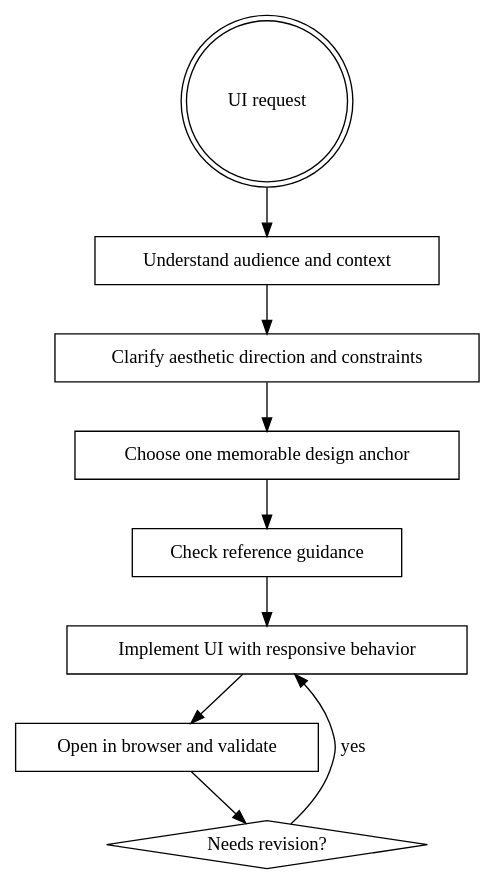
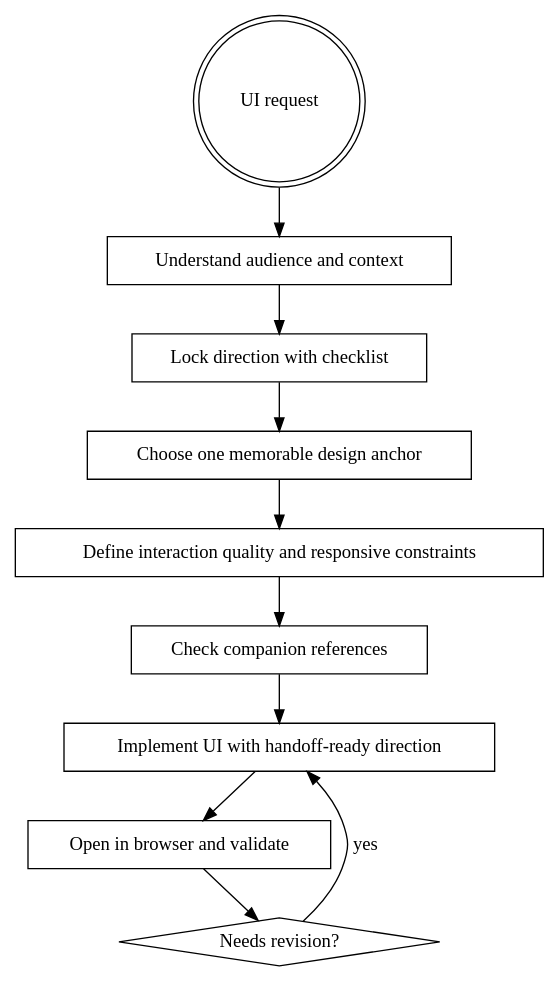
The diagram in skills/design/SKILL.md (nhd2106/imitation-machine), drawn with Graphviz before and after one commit. The commit also changed other lines of this file and 10 other files, not shown here.

Commit message:
deepen design skill direction lock and browser-validation coverage

````diff
--- a/skills/design/SKILL.md
+++ b/skills/design/SKILL.md
@@ -25,21 +27,23 @@
 ```dot
 digraph design_flow {
   "UI request" [shape=doublecircle];
   "Understand audience and context" [shape=box];
-  "Clarify aesthetic direction and constraints" [shape=box];
+  "Lock direction with checklist" [shape=box];
   "Choose one memorable design anchor" [shape=box];
-  "Check reference guidance" [shape=box];
-  "Implement UI with responsive behavior" [shape=box];
+  "Define interaction quality and responsive constraints" [shape=box];
+  "Check companion references" [shape=box];
+  "Implement UI with handoff-ready direction" [shape=box];
   "Open in browser and validate" [shape=box];
   "Needs revision?" [shape=diamond];
 
   "UI request" -> "Understand audience and context";
-  "Understand audience and context" -> "Clarify aesthetic direction and constraints";
-  "Clarify aesthetic direction and constraints" -> "Choose one memorable design anchor";
-  "Choose one memorable design anchor" -> "Check reference guidance";
-  "Check reference guidance" -> "Implement UI with responsive behavior";
-  "Implement UI with responsive behavior" -> "Open in browser and validate";
+  "Understand audience and context" -> "Lock direction with checklist";
+  "Lock direction with checklist" -> "Choose one memorable design anchor";
+  "Choose one memorable design anchor" -> "Define interaction quality and responsive constraints";
+  "Define interaction quality and responsive constraints" -> "Check companion references";
+  "Check companion references" -> "Implement UI with handoff-ready direction";
+  "Implement UI with handoff-ready direction" -> "Open in browser and validate";
   "Open in browser and validate" -> "Needs revision?";
-  "Needs revision?" -> "Implement UI with responsive behavior" [label="yes"];
+  "Needs revision?" -> "Implement UI with handoff-ready direction" [label="yes"];
 }
 ```
````
